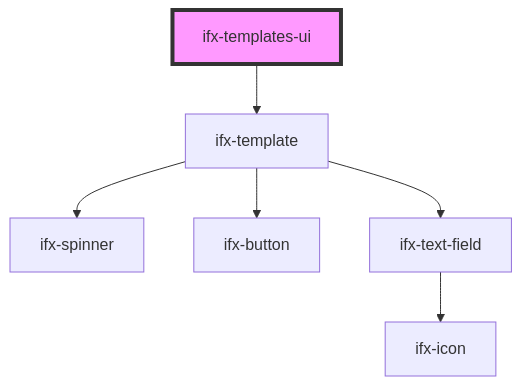
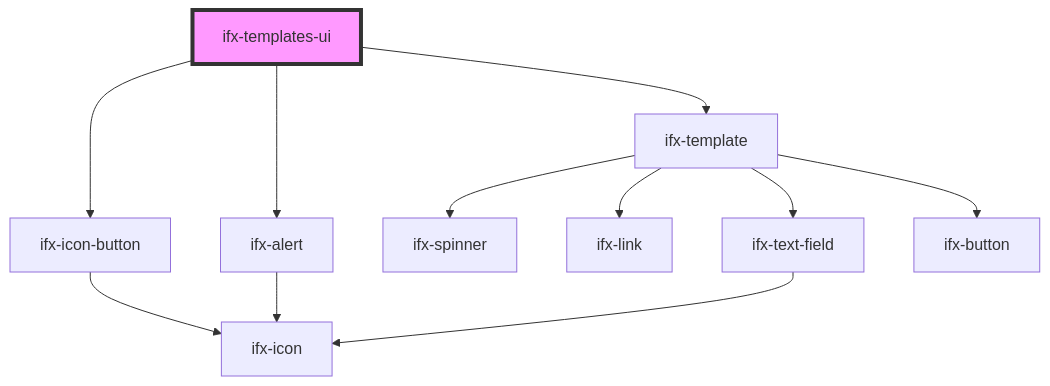
Before and after one commit to Infineon/infineon-design-system-stencil: the diagram in packages/components/src/components/templates/templates-ui/readme.md, drawn with Mermaid. The commit also changed other lines of this file and 9 other files, not shown here.

````diff
--- a/packages/components/src/components/templates/templates-ui/readme.md
+++ b/packages/components/src/components/templates/templates-ui/readme.md
@@ -15,9 +17,14 @@
 ```mermaid
 graph TD;
+  ifx-templates-ui --> ifx-icon-button
+  ifx-templates-ui --> ifx-alert
   ifx-templates-ui --> ifx-template
+  ifx-icon-button --> ifx-icon
+  ifx-alert --> ifx-icon
   ifx-template --> ifx-spinner
+  ifx-template --> ifx-link
+  ifx-template --> ifx-text-field
   ifx-template --> ifx-button
-  ifx-template --> ifx-text-field
   ifx-text-field --> ifx-icon
   style ifx-templates-ui fill:#f9f,stroke:#333,stroke-width:4px
 ```
````
